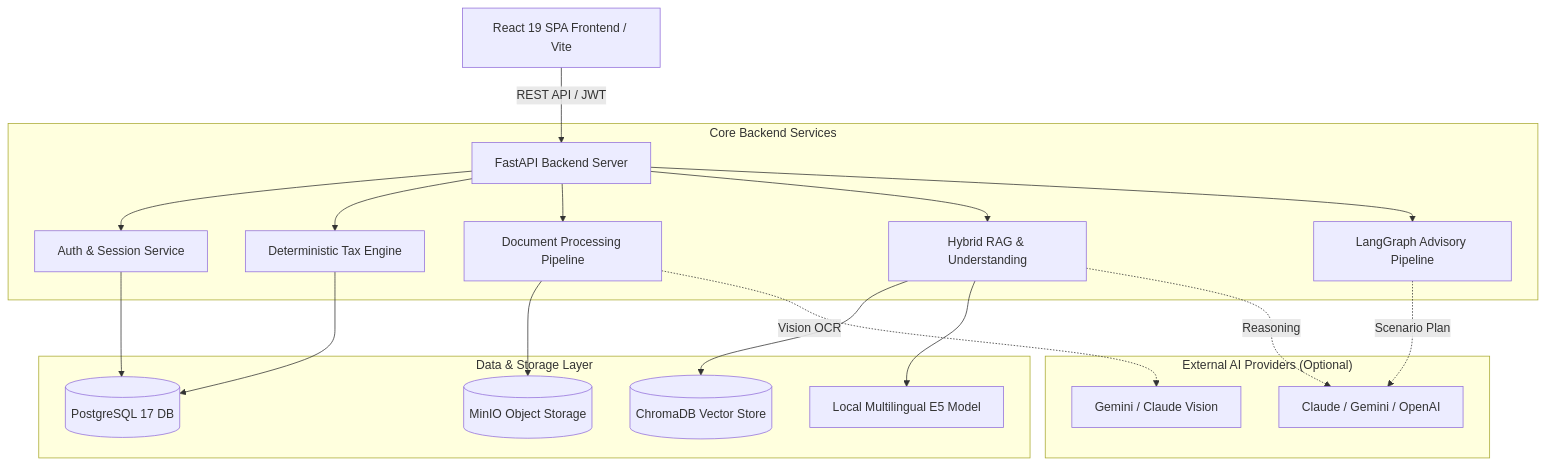
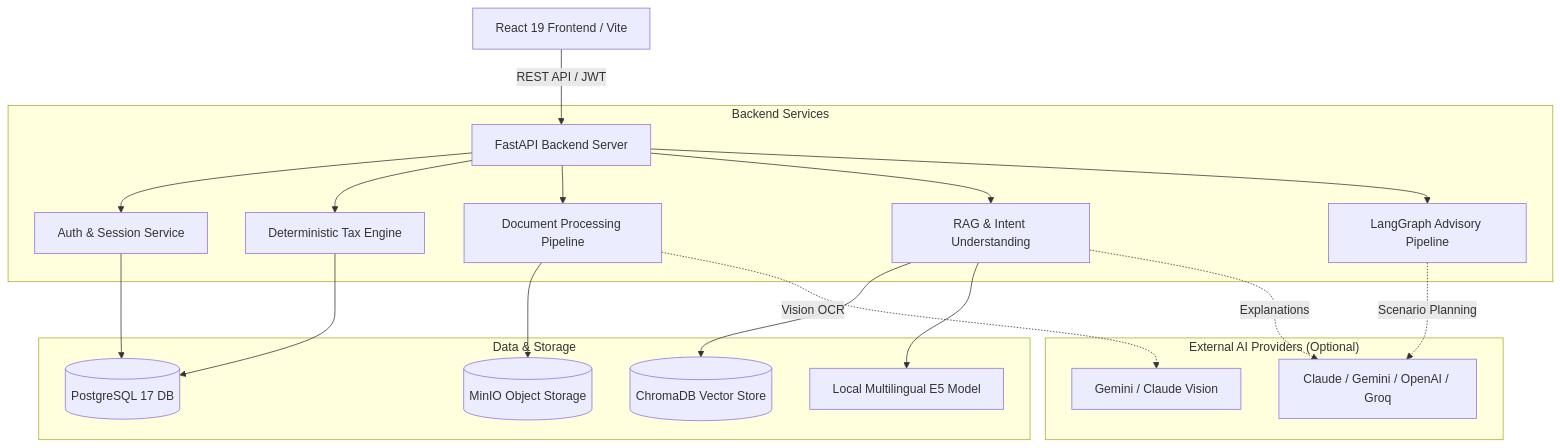
Before and after one commit to MohammadKhairJaradat/BAYYAN-AI: the diagram in README.md, drawn with Mermaid. The commit also changed other lines of this file, not shown here.

````diff
--- a/README.md
+++ b/README.md
@@ -114,26 +97,26 @@
 ```mermaid
 graph TD
-    Client[React 19 SPA Frontend / Vite] -->|REST API / JWT| API[FastAPI Backend Server]
+    Client[React 19 Frontend / Vite] -->|REST API / JWT| API[FastAPI Backend Server]
 
-    subgraph "Core Backend Services"
+    subgraph "Backend Services"
         API --> Auth[Auth & Session Service]
         API --> TaxEngine[Deterministic Tax Engine]
         API --> DocService[Document Processing Pipeline]
-        API --> RAGService[Hybrid RAG & Understanding]
+        API --> RAGService[RAG & Intent Understanding]
         API --> Advisor[LangGraph Advisory Pipeline]
     end
 
-    subgraph "Data & Storage Layer"
+    subgraph "Data & Storage"
         Auth --> Postgres[(PostgreSQL 17 DB)]
         TaxEngine --> Postgres
         DocService --> MinIO[(MinIO Object Storage)]
         RAGService --> ChromaDB[(ChromaDB Vector Store)]
         RAGService --> E5Model[Local Multilingual E5 Model]
     end
 
     subgraph "External AI Providers (Optional)"
         DocService -.->|Vision OCR| VisionAI[Gemini / Claude Vision]
-        RAGService -.->|Reasoning| LLM[Claude / Gemini / OpenAI]
-        Advisor -.->|Scenario Plan| LLM
+        RAGService -.->|Explanations| LLM[Claude / Gemini / OpenAI / Groq]
+        Advisor -.->|Scenario Planning| LLM
     end
 ```
````
